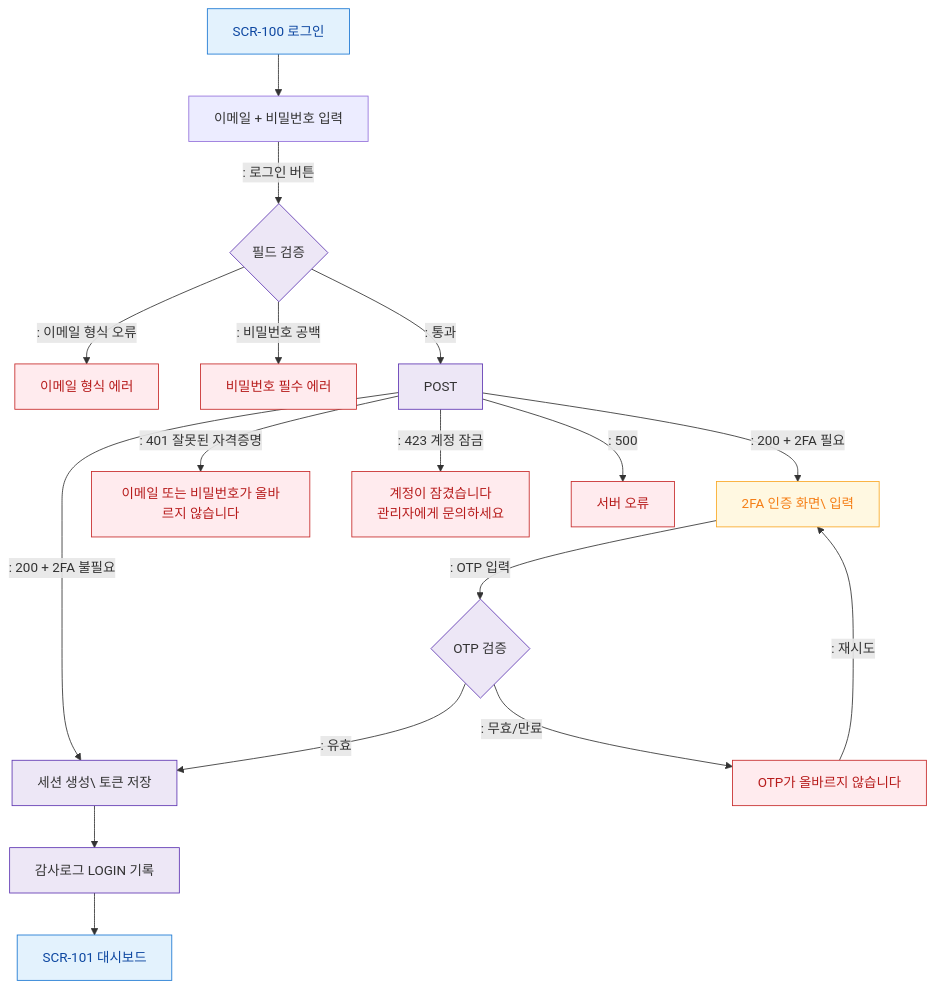
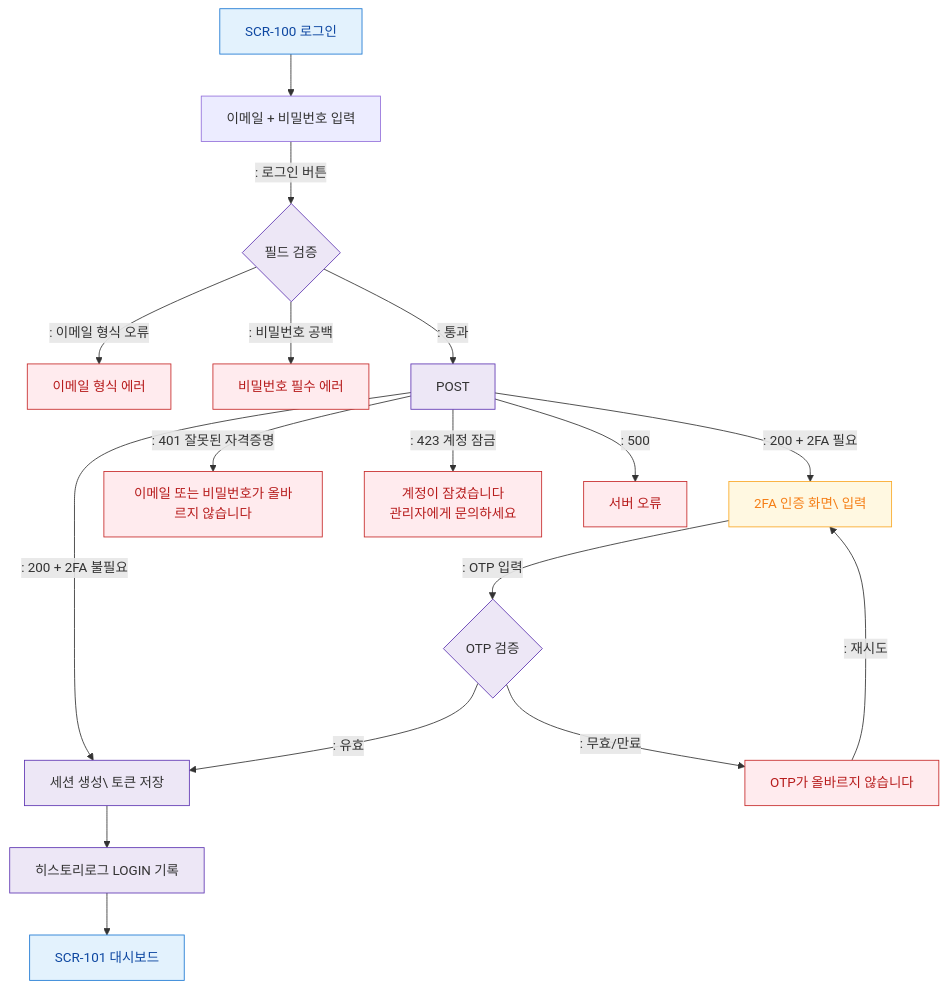
Before and after one commit to dev-spogym/admin-pando: the diagram in docs/admin/다이어그램/D01_공통/SCR-100_로그인/F2_메인.md, drawn with Mermaid. The commit also changed 442 other files, not shown here.

````diff
--- a/docs/admin/다이어그램/D01_공통/SCR-100_로그인/F2_메인.md
+++ b/docs/admin/다이어그램/D01_공통/SCR-100_로그인/F2_메인.md
@@ -17,33 +17,33 @@
 ```mermaid
 flowchart TD
     SCR_100[SCR-100 로그인] --> INPUT[이메일 + 비밀번호 입력]
     INPUT -->|": 로그인 버튼"|VALID{필드 검증}
 
     VALID -->|": 이메일 형식 오류"|ERR_EMAIL[이메일 형식 에러]
     VALID -->|": 비밀번호 공백"|ERR_PW[비밀번호 필수 에러]
     VALID -->|": 통과"|API[POST]
 
     API -->|": 200 + 2FA 필요"|TWO_FA[2FA 인증 화면\ 입력]
     API -->|": 200 + 2FA 불필요"|SESSION[세션 생성\ 토큰 저장]
     API -->|": 401 잘못된 자격증명"|ERR_CRED[이메일 또는 비밀번호가 올바르지 않습니다]
     API -->|": 423 계정 잠금"|ERR_LOCK[계정이 잠겼습니다\n관리자에게 문의하세요]
     API -->|": 500"|ERR_500[서버 오류]
 
     TWO_FA -->|": OTP 입력"|OTP_VALID{OTP 검증}
     OTP_VALID -->|": 유효"|SESSION
     OTP_VALID -->|": 무효/만료"|ERR_OTP[OTP가 올바르지 않습니다]
     ERR_OTP -->|": 재시도"|TWO_FA
 
-    SESSION --> AUDIT[감사로그 LOGIN 기록]
+    SESSION --> AUDIT[히스토리로그 LOGIN 기록]
     AUDIT --> DASH[SCR-101 대시보드]
 
     classDef screen fill:#E3F2FD,stroke:#1976D2,color:#0D47A1
     classDef system fill:#EDE7F6,stroke:#5E35B2
     classDef error fill:#FFEBEE,stroke:#C62828,color:#B71C1C
     classDef success fill:#E8F5E9,stroke:#2E7D32,color:#1B5E20
     classDef warning fill:#FFF8E1,stroke:#F9A825,color:#F57F17
     class SCR_100,DASH screen
     class VALID,API,OTP_VALID,SESSION,AUDIT system
     class ERR_EMAIL,ERR_PW,ERR_CRED,ERR_LOCK,ERR_500,ERR_OTP error
     class TWO_FA warning
 ```
````
